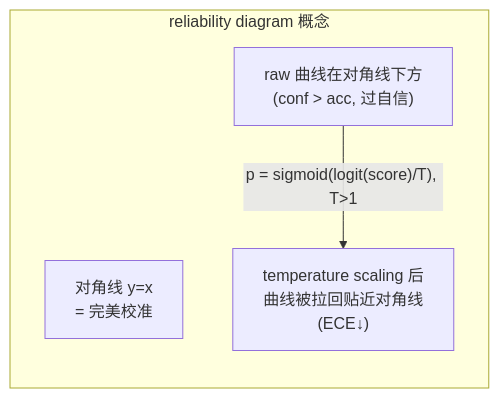
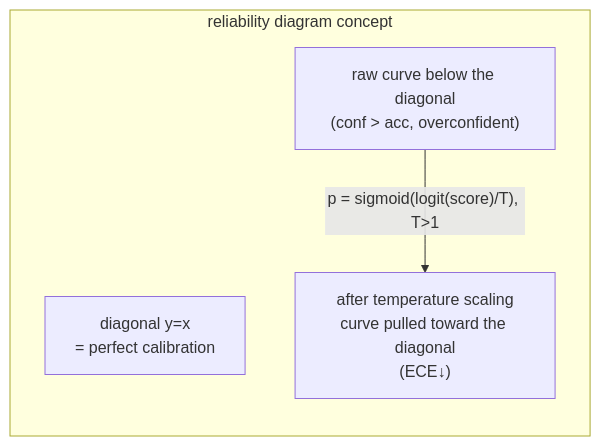
One commit to AndyUneducated/eval-gate changed the second of 2 diagrams in docs/PHASE_16_PLAN.md. Above: the diagram before and after it, drawn with Mermaid. The commit also changed other lines of this file and 22 other files, not shown here.

````diff
--- a/docs/PHASE_16_PLAN.md
+++ b/docs/PHASE_16_PLAN.md
@@ -49,9 +49,9 @@
 ```mermaid
 flowchart LR
-  subgraph reliability diagram 概念
-    P["对角线 y=x<br/>= 完美校准"]
-    Raw["raw 曲线在对角线下方<br/>(conf > acc, 过自信)"]
-    Cal["temperature scaling 后<br/>曲线被拉回贴近对角线<br/>(ECE↓)"]
+  subgraph reliability diagram concept
+    P["diagonal y=x<br/>= perfect calibration"]
+    Raw["raw curve below the diagonal<br/>(conf > acc, overconfident)"]
+    Cal["after temperature scaling<br/>curve pulled toward the diagonal<br/>(ECE↓)"]
   end
   Raw -->|"p = sigmoid(logit(score)/T), T>1"| Cal
 ```
````
